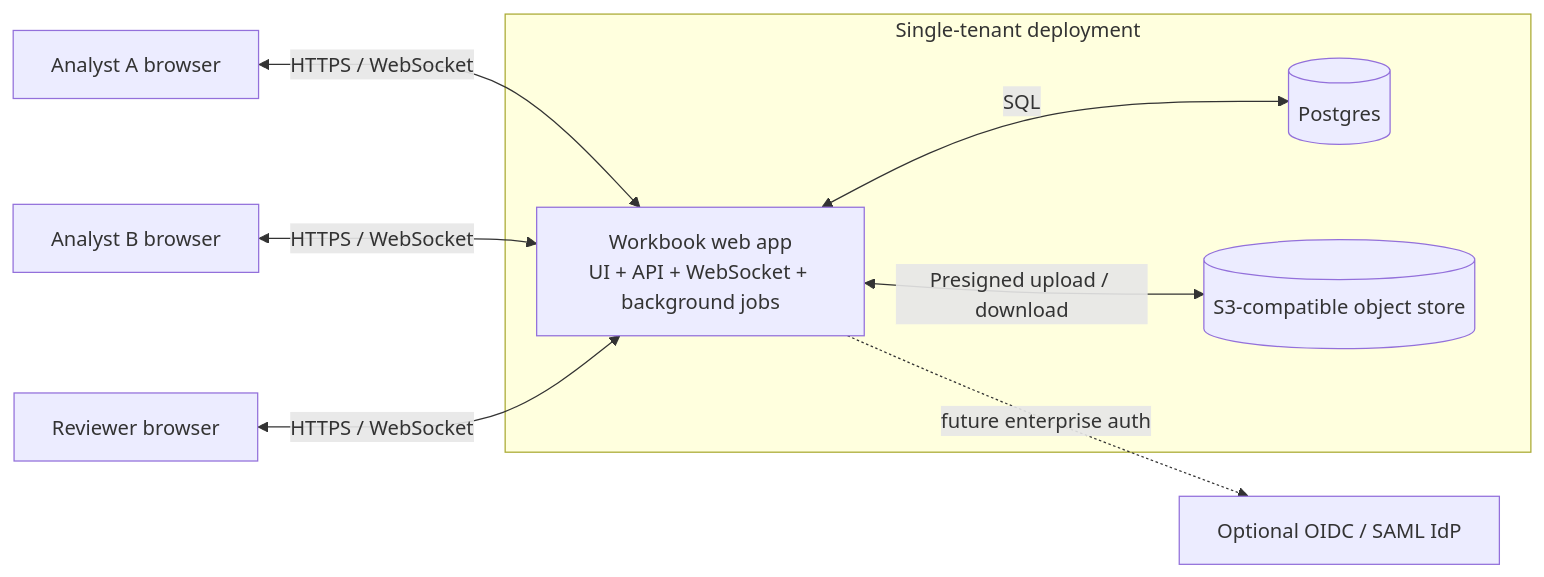
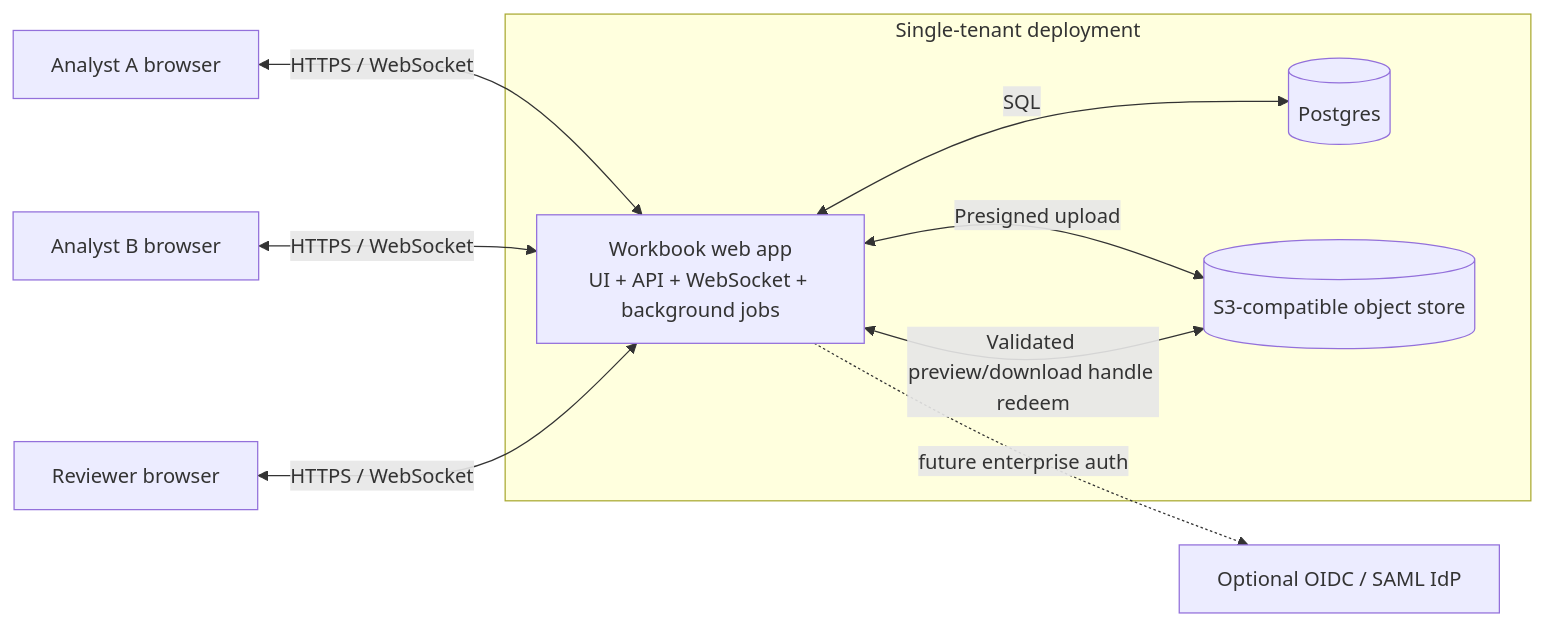
One commit to JochiRaider/cartulary changed the first of 2 diagrams in docs/spec/B_architecture_diagrams_and_explanatory_source_extract.md. Above: the diagram before and after it, drawn with Mermaid. The commit also changed other lines of this file and 9 other files, not shown here.

````diff
--- a/docs/spec/B_architecture_diagrams_and_explanatory_source_extract.md
+++ b/docs/spec/B_architecture_diagrams_and_explanatory_source_extract.md
@@ -15,22 +15,23 @@
 ```mermaid
 flowchart LR
     AnalystA[Analyst A browser]
     AnalystB[Analyst B browser]
     Reviewer[Reviewer browser]
 
     subgraph Deploy[Single-tenant deployment]
         App[Workbook web app\nUI + API + WebSocket + background jobs]
         PG[(Postgres)]
         OBJ[(S3-compatible object store)]
     end
 
     IdP[Optional OIDC / SAML IdP]
 
     AnalystA <-- HTTPS / WebSocket --> App
     AnalystB <-- HTTPS / WebSocket --> App
     Reviewer <-- HTTPS / WebSocket --> App
 
     App <-- SQL --> PG
-    App <-- Presigned upload / download --> OBJ
+    App <-- Presigned upload --> OBJ
+    App <-- Validated preview/download handle redeem --> OBJ
     App -. future enterprise auth .-> IdP
 ```
````
